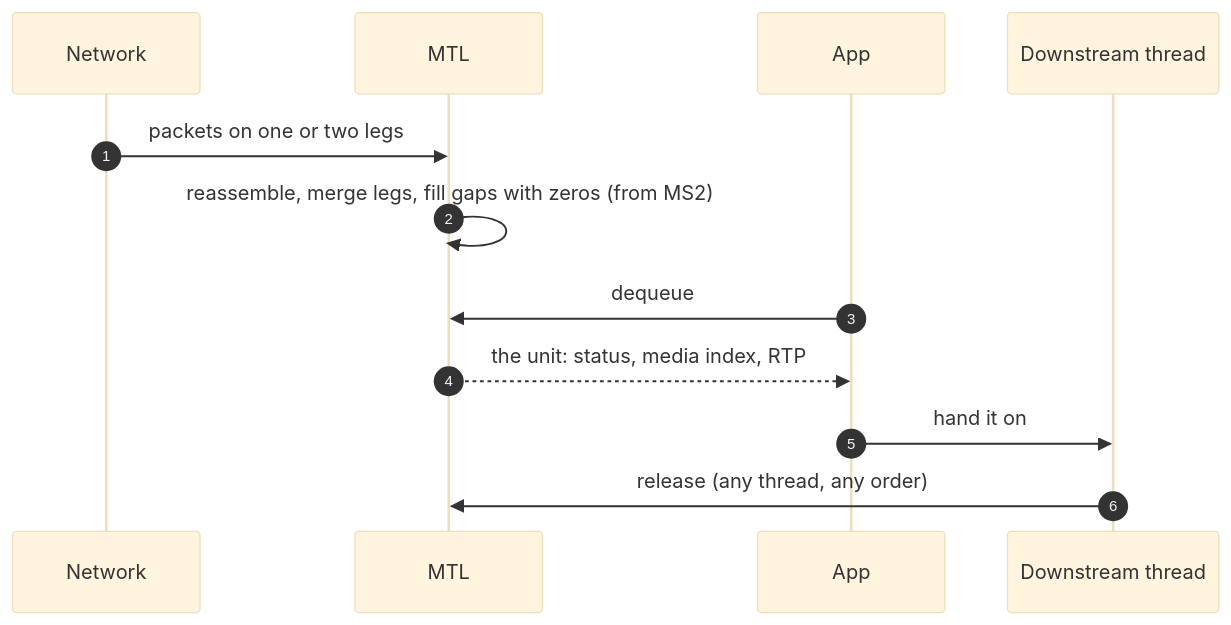
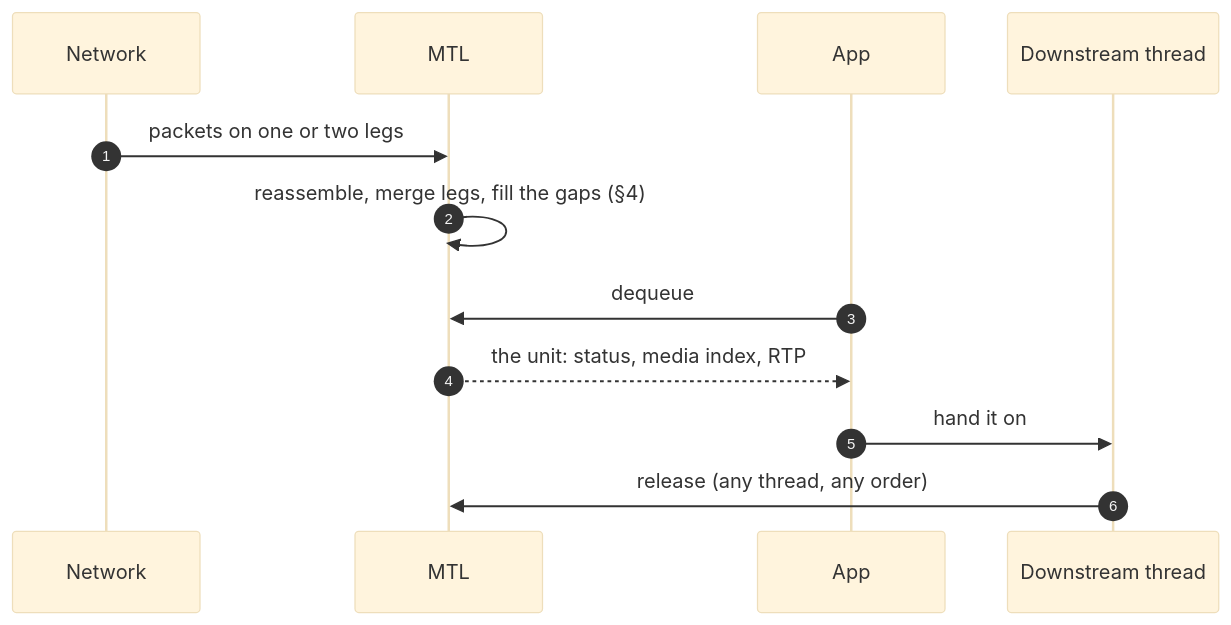
Before and after one commit to OpenVisualCloud/Media-Transport-Library: the fifth of 8 diagrams in doc/unified-api/concepts.md, drawn with Mermaid (base theme). The commit also changed other lines of this file and 28 other files, not shown here.

````diff
--- a/doc/unified-api/concepts.md
+++ b/doc/unified-api/concepts.md
@@ -498,14 +441,14 @@
 ```mermaid
 sequenceDiagram
     autonumber
     participant N as Network
     participant M as MTL
     participant App
     participant D as Downstream thread
     N->>M: packets on one or two legs
-    M->>M: reassemble, merge legs, fill gaps with zeros (from MS2)
+    M->>M: reassemble, merge legs, fill the gaps (§4)
     App->>M: dequeue
     M-->>App: the unit: status, media index, RTP
     App->>D: hand it on
     D->>M: release (any thread, any order)
 ```
````
